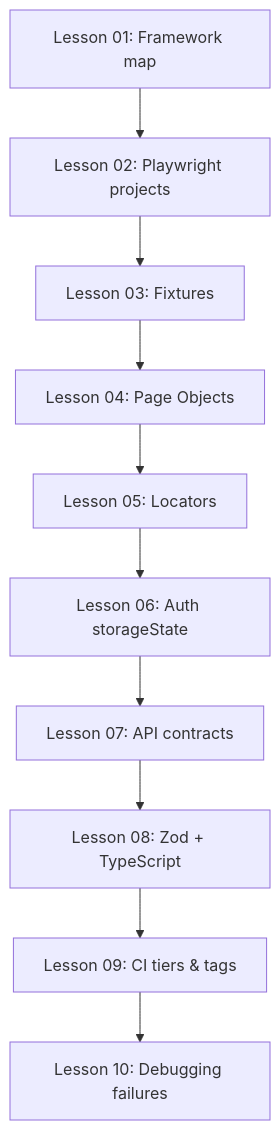
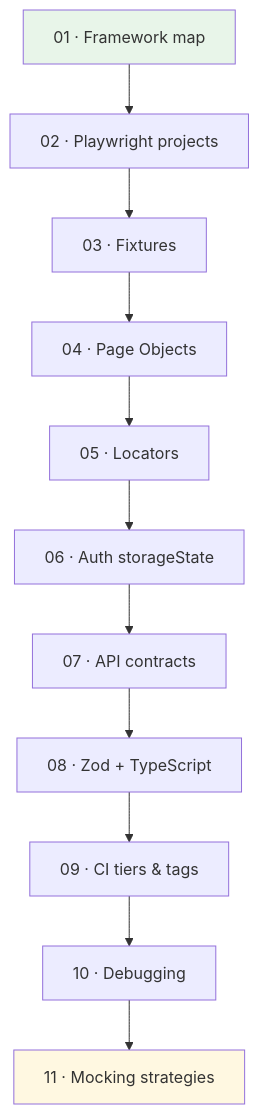
The second of 2 diagrams in docs/LEARNING.md (hemantjanrao/playwright-learning), drawn with Mermaid before and after one commit. The commit also changed other lines of this file and 7 other files, not shown here.

````diff
--- a/docs/LEARNING.md
+++ b/docs/LEARNING.md
@@ -15,12 +24,16 @@
 ```mermaid
 flowchart TD
-    L01["Lesson 01: Framework map"] --> L02["Lesson 02: Playwright projects"]
-    L02 --> L03["Lesson 03: Fixtures"]
-    L03 --> L04["Lesson 04: Page Objects"]
-    L04 --> L05["Lesson 05: Locators"]
-    L05 --> L06["Lesson 06: Auth storageState"]
-    L06 --> L07["Lesson 07: API contracts"]
-    L07 --> L08["Lesson 08: Zod + TypeScript"]
-    L08 --> L09["Lesson 09: CI tiers & tags"]
-    L09 --> L10["Lesson 10: Debugging failures"]
+    L01["01 · Framework map"] --> L02["02 · Playwright projects"]
+    L02 --> L03["03 · Fixtures"]
+    L03 --> L04["04 · Page Objects"]
+    L04 --> L05["05 · Locators"]
+    L05 --> L06["06 · Auth storageState"]
+    L06 --> L07["07 · API contracts"]
+    L07 --> L08["08 · Zod + TypeScript"]
+    L08 --> L09["09 · CI tiers & tags"]
+    L09 --> L10["10 · Debugging"]
+    L10 --> L11["11 · Mocking strategies"]
+
+    style L01 fill:#e8f5e9
+    style L11 fill:#fff8e1
 ```
````
